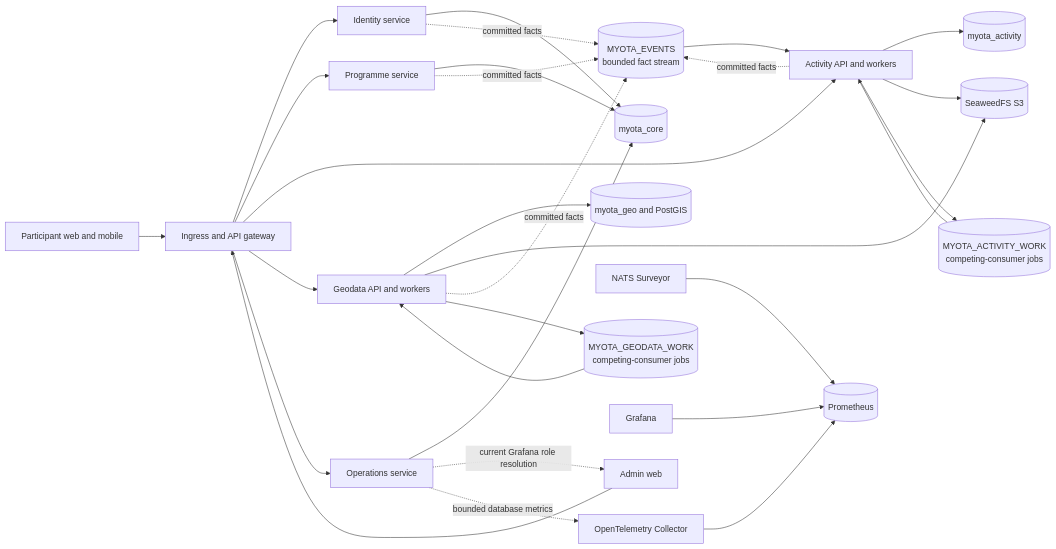
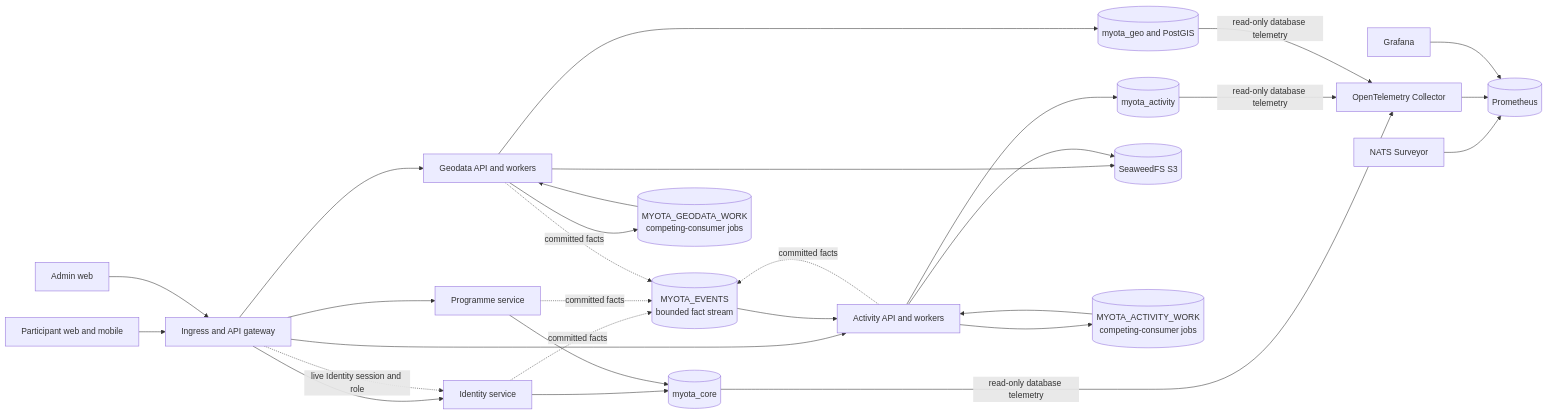
The diagram in docs/architecture/diagrams/service-boundaries.md (myota-platform/myota-docs), drawn with Mermaid before and after one commit. The commit also changed other lines of this file and 16 other files, not shown here.

````diff
--- a/docs/architecture/diagrams/service-boundaries.md
+++ b/docs/architecture/diagrams/service-boundaries.md
@@ -7,54 +7,53 @@
 ```mermaid
 flowchart LR
   Participant[Participant web and mobile]
   Admin[Admin web]
   Gateway[Ingress and API gateway]
   Identity[Identity service]
   Programme[Programme service]
   Activity[Activity API and workers]
   Geodata[Geodata API and workers]
-  Operations[Operations service]
   Core[(myota_core)]
   ActivityDB[(myota_activity)]
   GeoDB[(myota_geo and PostGIS)]
   Objects[(SeaweedFS S3)]
   Events[(MYOTA_EVENTS<br/>bounded fact stream)]
   ActivityWork[(MYOTA_ACTIVITY_WORK<br/>competing-consumer jobs)]
   GeoWork[(MYOTA_GEODATA_WORK<br/>competing-consumer jobs)]
   Surveyor[NATS Surveyor]
   Prometheus[(Prometheus)]
   Collector[OpenTelemetry Collector]
   Grafana[Grafana]
 
   Participant --> Gateway
   Admin --> Gateway
   Gateway --> Identity
   Gateway --> Programme
   Gateway --> Activity
   Gateway --> Geodata
-  Gateway --> Operations
 
   Identity --> Core
   Programme --> Core
-  Operations --> Core
   Activity --> ActivityDB
   Geodata --> GeoDB
   Geodata --> Objects
   Activity --> Objects
 
   Identity -. committed facts .-> Events
   Programme -. committed facts .-> Events
   Activity -. committed facts .-> Events
   Geodata -. committed facts .-> Events
   Activity --> ActivityWork
   Geodata --> GeoWork
   ActivityWork --> Activity
   GeoWork --> Geodata
   Events --> Activity
 
   Surveyor --> Prometheus
+  Core -->|read-only database telemetry| Collector
+  ActivityDB -->|read-only database telemetry| Collector
+  GeoDB -->|read-only database telemetry| Collector
+  Gateway -. live Identity session and role .-> Identity
   Collector --> Prometheus
-  Operations -. current Grafana role resolution .-> Admin
-  Operations -. bounded database metrics .-> Collector
   Grafana --> Prometheus
 ```
````
